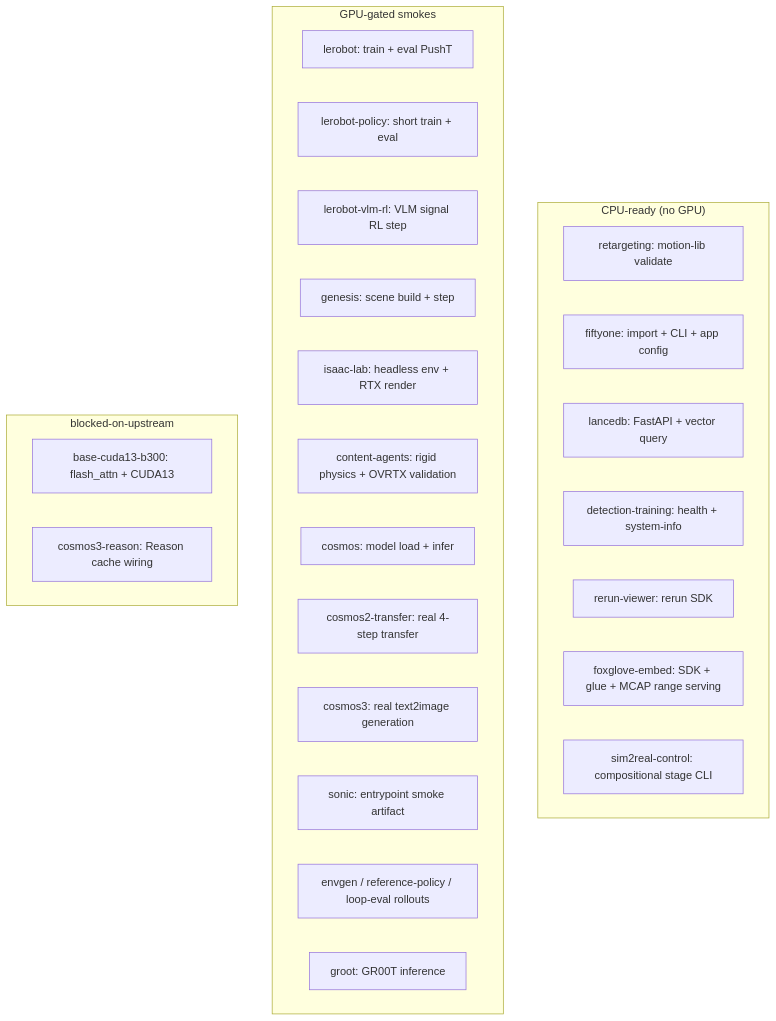
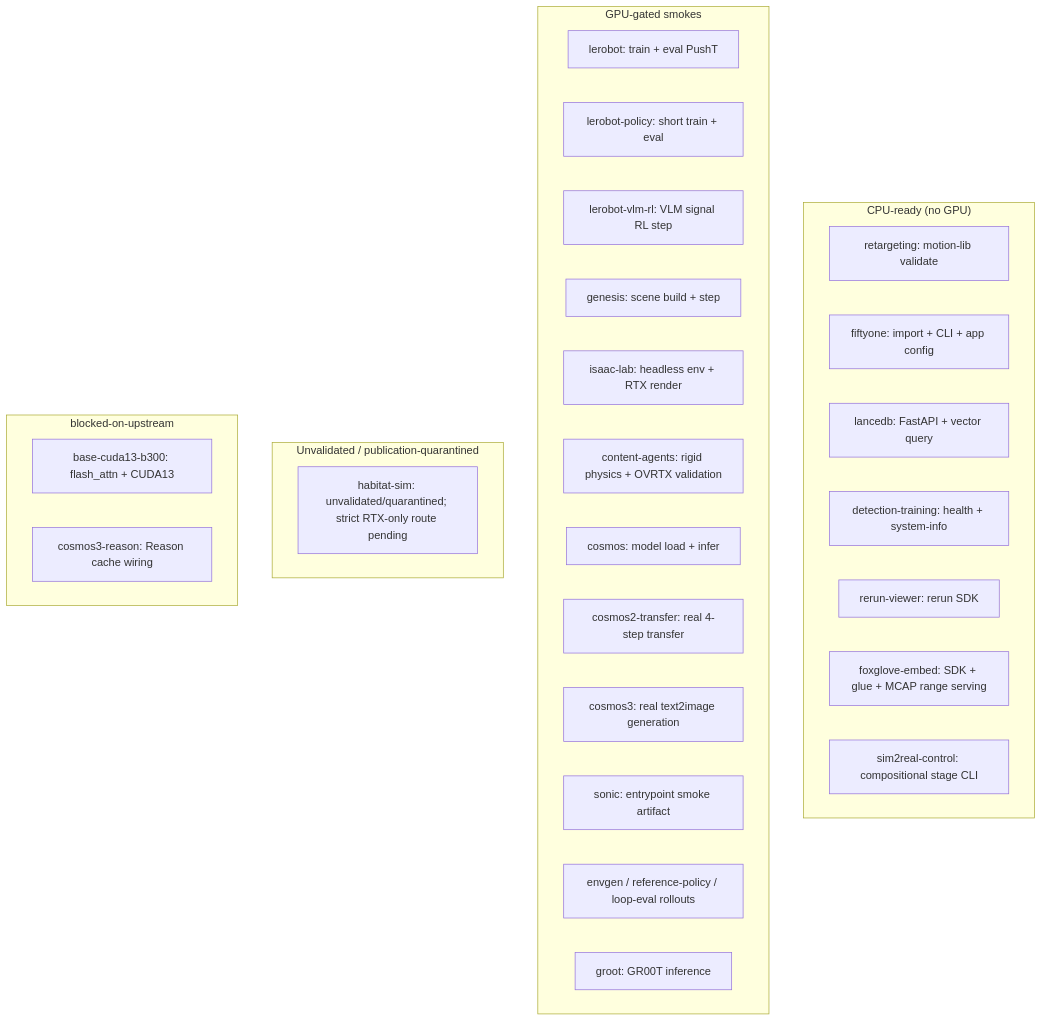
The diagram in docs/security/container-golden-evals.md (IamPhytan/nebius-physical-ai), drawn with Mermaid before and after one commit. The commit also changed other lines of this file and 72 other files, not shown here.

````diff
--- a/docs/security/container-golden-evals.md
+++ b/docs/security/container-golden-evals.md
@@ -88,30 +88,33 @@
 ```mermaid
 flowchart TB
   subgraph cpu_ready["CPU-ready (no GPU)"]
     retargeting["retargeting: motion-lib validate"]
     fiftyone["fiftyone: import + CLI + app config"]
     lancedb["lancedb: FastAPI + vector query"]
     det_train["detection-training: health + system-info"]
     rerun["rerun-viewer: rerun SDK"]
     foxglove["foxglove-embed: SDK + glue + MCAP range serving"]
     control["sim2real-control: compositional stage CLI"]
   end
   subgraph gpu_gated["GPU-gated smokes"]
     lerobot["lerobot: train + eval PushT"]
     policy["lerobot-policy: short train + eval"]
     vlm["lerobot-vlm-rl: VLM signal RL step"]
     genesis["genesis: scene build + step"]
     isaac["isaac-lab: headless env + RTX render"]
     content["content-agents: rigid physics + OVRTX validation"]
     cosmos["cosmos: model load + infer"]
     transfer["cosmos2-transfer: real 4-step transfer"]
     c3["cosmos3: real text2image generation"]
     sonic["sonic: entrypoint smoke artifact"]
     s2r["envgen / reference-policy / loop-eval rollouts"]
     groot["groot: GR00T inference"]
   end
+  subgraph unvalidated["Unvalidated / publication-quarantined"]
+    habitat["habitat-sim: unvalidated/quarantined; strict RTX-only route pending"]
+  end
   subgraph blocked["blocked-on-upstream"]
     b300["base-cuda13-b300: flash_attn + CUDA13"]
     reason["cosmos3-reason: Reason cache wiring"]
   end
 ```
````
